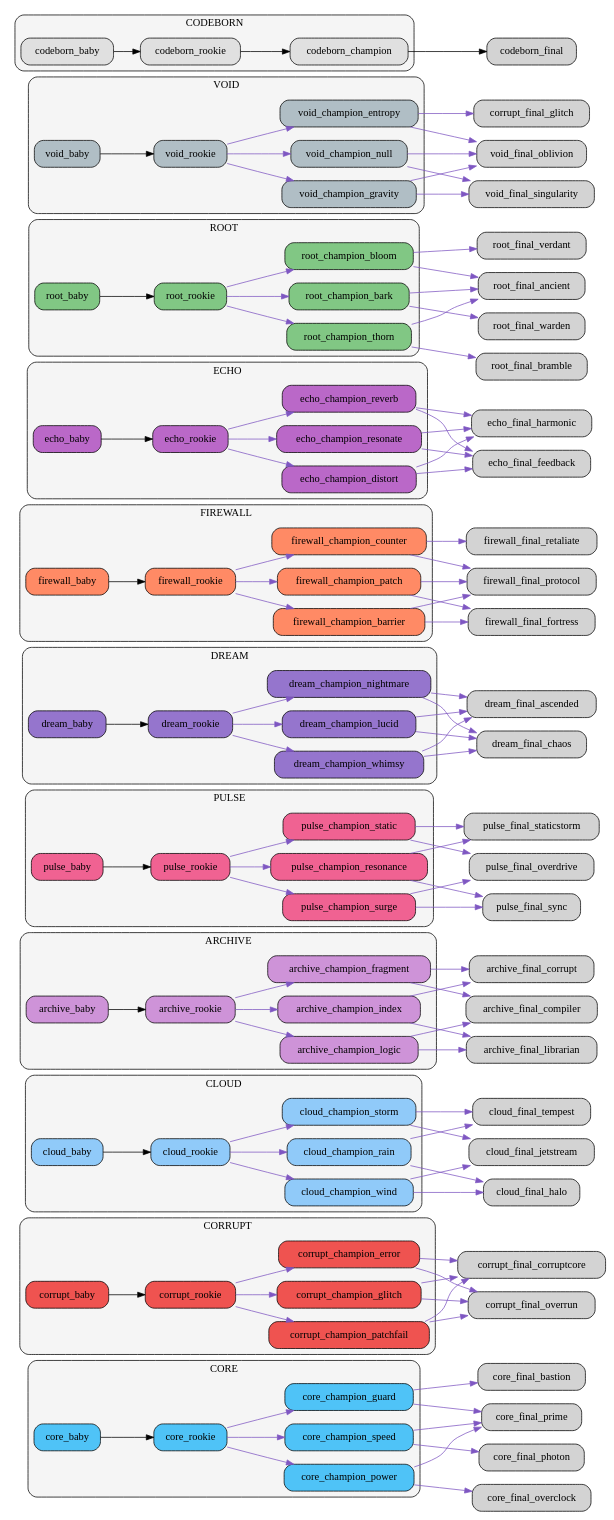
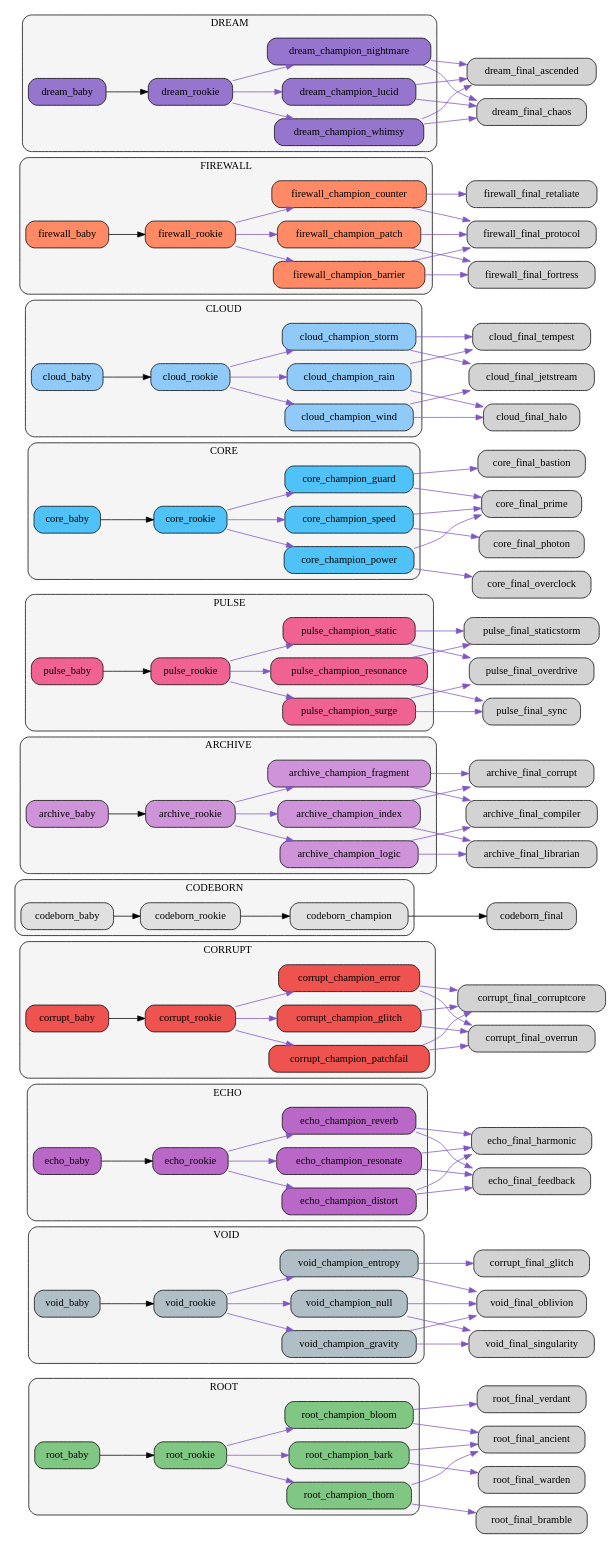
Before and after one commit to bwlight/NetGrid: the diagram in src/netgrid/systems/evolution/graphs/clusters/evolution_clusters.dot, drawn with Graphviz. The commit also changed other lines of this file and 8 other files, not shown here.

Commit message:
Auto-update evolution graphs

```diff
--- a/src/netgrid/systems/evolution/graphs/clusters/evolution_clusters.dot
+++ b/src/netgrid/systems/evolution/graphs/clusters/evolution_clusters.dot
@@ -1,14 +1,32 @@
 digraph EvolutionTree {
   rankdir=LR;
   node [shape=box, style="rounded,filled"];
-  subgraph cluster_core {
-    label="CORE";
+  subgraph cluster_root {
+    label="ROOT";
     style="rounded,filled"; fillcolor="#f5f5f5";
-    "core_baby" [fillcolor="#4fc3f7"];
-    "core_rookie" [fillcolor="#4fc3f7"];
-    "core_champion_power" [fillcolor="#4fc3f7"];
-    "core_champion_guard" [fillcolor="#4fc3f7"];
-    "core_champion_speed" [fillcolor="#4fc3f7"];
+    "root_baby" [fillcolor="#81c784"];
+    "root_rookie" [fillcolor="#81c784"];
+    "root_champion_thorn" [fillcolor="#81c784"];
+    "root_champion_bloom" [fillcolor="#81c784"];
+    "root_champion_bark" [fillcolor="#81c784"];
+  }
+  subgraph cluster_void {
+    label="VOID";
+    style="rounded,filled"; fillcolor="#f5f5f5";
+    "void_baby" [fillcolor="#b0bec5"];
+    "void_rookie" [fillcolor="#b0bec5"];
+    "void_champion_entropy" [fillcolor="#b0bec5"];
+    "void_champion_gravity" [fillcolor="#b0bec5"];
+    "void_champion_null" [fillcolor="#b0bec5"];
+  }
+  subgraph cluster_echo {
+    label="ECHO";
+    style="rounded,filled"; fillcolor="#f5f5f5";
+    "echo_baby" [fillcolor="#ba68c8"];
+    "echo_rookie" [fillcolor="#ba68c8"];
+    "echo_champion_resonate" [fillcolor="#ba68c8"];
+    "echo_champion_reverb" [fillcolor="#ba68c8"];
+    "echo_champion_distort" [fillcolor="#ba68c8"];
   }
   subgraph cluster_corrupt {
     label="CORRUPT";
@@ -19,14 +37,12 @@
     "corrupt_champion_error" [fillcolor="#ef5350"];
     "corrupt_champion_patchfail" [fillcolor="#ef5350"];
   }
-  subgraph cluster_cloud {
-    label="CLOUD";
+  subgraph cluster_codeborn {
+    label="CODEBORN";
     style="rounded,filled"; fillcolor="#f5f5f5";
-    "cloud_baby" [fillcolor="#90caf9"];
-    "cloud_rookie" [fillcolor="#90caf9"];
-    "cloud_champion_wind" [fillcolor="#90caf9"];
-    "cloud_champion_rain" [fillcolor="#90caf9"];
-    "cloud_champion_storm" [fillcolor="#90caf9"];
+    "codeborn_baby" [fillcolor="#e0e0e0"];
+    "codeborn_rookie" [fillcolor="#e0e0e0"];
+    "codeborn_champion" [fillcolor="#e0e0e0"];
   }
   subgraph cluster_archive {
     label="ARCHIVE";
@@ -46,14 +62,23 @@
     "pulse_champion_resonance" [fillcolor="#f06292"];
     "pulse_champion_static" [fillcolor="#f06292"];
   }
-  subgraph cluster_dream {
-    label="DREAM";
+  subgraph cluster_core {
+    label="CORE";
     style="rounded,filled"; fillcolor="#f5f5f5";
-    "dream_baby" [fillcolor="#9575cd"];
-    "dream_rookie" [fillcolor="#9575cd"];
-    "dream_champion_lucid" [fillcolor="#9575cd"];
-    "dream_champion_nightmare" [fillcolor="#9575cd"];
-    "dream_champion_whimsy" [fillcolor="#9575cd"];
+    "core_baby" [fillcolor="#4fc3f7"];
+    "core_rookie" [fillcolor="#4fc3f7"];
+    "core_champion_power" [fillcolor="#4fc3f7"];
+    "core_champion_guard" [fillcolor="#4fc3f7"];
+    "core_champion_speed" [fillcolor="#4fc3f7"];
+  }
+  subgraph cluster_cloud {
+    label="CLOUD";
+    style="rounded,filled"; fillcolor="#f5f5f5";
+    "cloud_baby" [fillcolor="#90caf9"];
+    "cloud_rookie" [fillcolor="#90caf9"];
+    "cloud_champion_wind" [fillcolor="#90caf9"];
+    "cloud_champion_rain" [fillcolor="#90caf9"];
+    "cloud_champion_storm" [fillcolor="#90caf9"];
   }
   subgraph cluster_firewall {
     label="FIREWALL";
@@ -64,50 +89,45 @@
     "firewall_champion_counter" [fillcolor="#ff8a65"];
     "firewall_champion_patch" [fillcolor="#ff8a65"];
   }
-  subgraph cluster_echo {
-    label="ECHO";
+  subgraph cluster_dream {
+    label="DREAM";
     style="rounded,filled"; fillcolor="#f5f5f5";
-    "echo_baby" [fillcolor="#ba68c8"];
-    "echo_rookie" [fillcolor="#ba68c8"];
-    "echo_champion_resonate" [fillcolor="#ba68c8"];
-    "echo_champion_reverb" [fillcolor="#ba68c8"];
-    "echo_champion_distort" [fillcolor="#ba68c8"];
+    "dream_baby" [fillcolor="#9575cd"];
+    "dream_rookie" [fillcolor="#9575cd"];
+    "dream_champion_lucid" [fillcolor="#9575cd"];
+    "dream_champion_nightmare" [fillcolor="#9575cd"];
+    "dream_champion_whimsy" [fillcolor="#9575cd"];
   }
-  subgraph cluster_root {
-    label="ROOT";
-    style="rounded,filled"; fillcolor="#f5f5f5";
-    "root_baby" [fillcolor="#81c784"];
-    "root_rookie" [fillcolor="#81c784"];
-    "root_champion_thorn" [fillcolor="#81c784"];
-    "root_champion_bloom" [fillcolor="#81c784"];
-    "root_champion_bark" [fillcolor="#81c784"];
-  }
-  subgraph cluster_void {
-    label="VOID";
-    style="rounded,filled"; fillcolor="#f5f5f5";
-    "void_baby" [fillcolor="#b0bec5"];
-    "void_rookie" [fillcolor="#b0bec5"];
-    "void_champion_entropy" [fillcolor="#b0bec5"];
-    "void_champion_gravity" [fillcolor="#b0bec5"];
-    "void_champion_null" [fillcolor="#b0bec5"];
-  }
-  subgraph cluster_codeborn {
-    label="CODEBORN";
-    style="rounded,filled"; fillcolor="#f5f5f5";
-    "codeborn_baby" [fillcolor="#e0e0e0"];
-    "codeborn_rookie" [fillcolor="#e0e0e0"];
-    "codeborn_champion" [fillcolor="#e0e0e0"];
-  }
-  "core_baby" -> "core_rookie";
-  "core_rookie" -> "core_champion_power" [color="#7e57c2"];
-  "core_rookie" -> "core_champion_guard" [color="#7e57c2"];
-  "core_rookie" -> "core_champion_speed" [color="#7e57c2"];
-  "core_champion_power" -> "core_final_overclock" [color="#7e57c2"];
-  "core_champion_power" -> "core_final_prime" [color="#7e57c2"];
-  "core_champion_guard" -> "core_final_bastion" [color="#7e57c2"];
-  "core_champion_guard" -> "core_final_prime" [color="#7e57c2"];
-  "core_champion_speed" -> "core_final_photon" [color="#7e57c2"];
-  "core_champion_speed" -> "core_final_prime" [color="#7e57c2"];
+  "root_baby" -> "root_rookie";
+  "root_rookie" -> "root_champion_thorn" [color="#7e57c2"];
+  "root_rookie" -> "root_champion_bloom" [color="#7e57c2"];
+  "root_rookie" -> "root_champion_bark" [color="#7e57c2"];
+  "root_champion_thorn" -> "root_final_bramble" [color="#7e57c2"];
+  "root_champion_thorn" -> "root_final_ancient" [color="#7e57c2"];
+  "root_champion_bloom" -> "root_final_ancient" [color="#7e57c2"];
+  "root_champion_bloom" -> "root_final_verdant" [color="#7e57c2"];
+  "root_champion_bark" -> "root_final_warden" [color="#7e57c2"];
+  "root_champion_bark" -> "root_final_ancient" [color="#7e57c2"];
+  "void_baby" -> "void_rookie";
+  "void_rookie" -> "void_champion_entropy" [color="#7e57c2"];
+  "void_rookie" -> "void_champion_gravity" [color="#7e57c2"];
+  "void_rookie" -> "void_champion_null" [color="#7e57c2"];
+  "void_champion_entropy" -> "corrupt_final_glitch" [color="#7e57c2"];
+  "void_champion_entropy" -> "void_final_oblivion" [color="#7e57c2"];
+  "void_champion_gravity" -> "void_final_singularity" [color="#7e57c2"];
+  "void_champion_gravity" -> "void_final_oblivion" [color="#7e57c2"];
+  "void_champion_null" -> "void_final_oblivion" [color="#7e57c2"];
+  "void_champion_null" -> "void_final_singularity" [color="#7e57c2"];
+  "echo_baby" -> "echo_rookie";
+  "echo_rookie" -> "echo_champion_resonate" [color="#7e57c2"];
+  "echo_rookie" -> "echo_champion_reverb" [color="#7e57c2"];
+  "echo_rookie" -> "echo_champion_distort" [color="#7e57c2"];
+  "echo_champion_resonate" -> "echo_final_harmonic" [color="#7e57c2"];
+  "echo_champion_resonate" -> "echo_final_feedback" [color="#7e57c2"];
+  "echo_champion_reverb" -> "echo_final_feedback" [color="#7e57c2"];
+  "echo_champion_reverb" -> "echo_final_harmonic" [color="#7e57c2"];
+  "echo_champion_distort" -> "echo_final_feedback" [color="#7e57c2"];
+  "echo_champion_distort" -> "echo_final_harmonic" [color="#7e57c2"];
   "corrupt_baby" -> "corrupt_rookie";
   "corrupt_rookie" -> "corrupt_champion_glitch" [color="#7e57c2"];
   "corrupt_rookie" -> "corrupt_champion_error" [color="#7e57c2"];
@@ -118,16 +138,9 @@
   "corrupt_champion_error" -> "corrupt_final_corruptcore" [color="#7e57c2"];
   "corrupt_champion_patchfail" -> "corrupt_final_corruptcore" [color="#7e57c2"];
   "corrupt_champion_patchfail" -> "corrupt_final_overrun" [color="#7e57c2"];
-  "cloud_baby" -> "cloud_rookie";
-  "cloud_rookie" -> "cloud_champion_wind" [color="#7e57c2"];
-  "cloud_rookie" -> "cloud_champion_rain" [color="#7e57c2"];
-  "cloud_rookie" -> "cloud_champion_storm" [color="#7e57c2"];
-  "cloud_champion_wind" -> "cloud_final_jetstream" [color="#7e57c2"];
-  "cloud_champion_wind" -> "cloud_final_halo" [color="#7e57c2"];
-  "cloud_champion_rain" -> "cloud_final_halo" [color="#7e57c2"];
-  "cloud_champion_rain" -> "cloud_final_tempest" [color="#7e57c2"];
-  "cloud_champion_storm" -> "cloud_final_tempest" [color="#7e57c2"];
-  "cloud_champion_storm" -> "cloud_final_jetstream" [color="#7e57c2"];
+  "codeborn_baby" -> "codeborn_rookie";
+  "codeborn_rookie" -> "codeborn_champion";
+  "codeborn_champion" -> "codeborn_final";
   "archive_baby" -> "archive_rookie";
   "archive_rookie" -> "archive_champion_logic" [color="#7e57c2"];
   "archive_rookie" -> "archive_champion_index" [color="#7e57c2"];
@@ -148,6 +161,36 @@
   "pulse_champion_resonance" -> "pulse_final_staticstorm" [color="#7e57c2"];
   "pulse_champion_static" -> "pulse_final_staticstorm" [color="#7e57c2"];
   "pulse_champion_static" -> "pulse_final_overdrive" [color="#7e57c2"];
+  "core_baby" -> "core_rookie";
+  "core_rookie" -> "core_champion_power" [color="#7e57c2"];
+  "core_rookie" -> "core_champion_guard" [color="#7e57c2"];
+  "core_rookie" -> "core_champion_speed" [color="#7e57c2"];
+  "core_champion_power" -> "core_final_overclock" [color="#7e57c2"];
+  "core_champion_power" -> "core_final_prime" [color="#7e57c2"];
+  "core_champion_guard" -> "core_final_bastion" [color="#7e57c2"];
+  "core_champion_guard" -> "core_final_prime" [color="#7e57c2"];
+  "core_champion_speed" -> "core_final_photon" [color="#7e57c2"];
+  "core_champion_speed" -> "core_final_prime" [color="#7e57c2"];
+  "cloud_baby" -> "cloud_rookie";
+  "cloud_rookie" -> "cloud_champion_wind" [color="#7e57c2"];
+  "cloud_rookie" -> "cloud_champion_rain" [color="#7e57c2"];
+  "cloud_rookie" -> "cloud_champion_storm" [color="#7e57c2"];
+  "cloud_champion_wind" -> "cloud_final_jetstream" [color="#7e57c2"];
+  "cloud_champion_wind" -> "cloud_final_halo" [color="#7e57c2"];
+  "cloud_champion_rain" -> "cloud_final_halo" [color="#7e57c2"];
+  "cloud_champion_rain" -> "cloud_final_tempest" [color="#7e57c2"];
+  "cloud_champion_storm" -> "cloud_final_tempest" [color="#7e57c2"];
+  "cloud_champion_storm" -> "cloud_final_jetstream" [color="#7e57c2"];
+  "firewall_baby" -> "firewall_rookie";
+  "firewall_rookie" -> "firewall_champion_barrier" [color="#7e57c2"];
+  "firewall_rookie" -> "firewall_champion_counter" [color="#7e57c2"];
+  "firewall_rookie" -> "firewall_champion_patch" [color="#7e57c2"];
+  "firewall_champion_barrier" -> "firewall_final_fortress" [color="#7e57c2"];
+  "firewall_champion_barrier" -> "firewall_final_protocol" [color="#7e57c2"];
+  "firewall_champion_counter" -> "firewall_final_retaliate" [color="#7e57c2"];
+  "firewall_champion_counter" -> "firewall_final_protocol" [color="#7e57c2"];
+  "firewall_champion_patch" -> "firewall_final_protocol" [color="#7e57c2"];
+  "firewall_champion_patch" -> "firewall_final_fortress" [color="#7e57c2"];
   "dream_baby" -> "dream_rookie";
   "dream_rookie" -> "dream_champion_lucid" [color="#7e57c2"];
   "dream_rookie" -> "dream_champion_nightmare" [color="#7e57c2"];
@@ -158,47 +201,4 @@
   "dream_champion_nightmare" -> "dream_final_ascended" [color="#7e57c2"];
   "dream_champion_whimsy" -> "dream_final_ascended" [color="#7e57c2"];
   "dream_champion_whimsy" -> "dream_final_chaos" [color="#7e57c2"];
-  "firewall_baby" -> "firewall_rookie";
-  "firewall_rookie" -> "firewall_champion_barrier" [color="#7e57c2"];
-  "firewall_rookie" -> "firewall_champion_counter" [color="#7e57c2"];
-  "firewall_rookie" -> "firewall_champion_patch" [color="#7e57c2"];
-  "firewall_champion_barrier" -> "firewall_final_fortress" [color="#7e57c2"];
-  "firewall_champion_barrier" -> "firewall_final_protocol" [color="#7e57c2"];
-  "firewall_champion_counter" -> "firewall_final_retaliate" [color="#7e57c2"];
-  "firewall_champion_counter" -> "firewall_final_protocol" [color="#7e57c2"];
-  "firewall_champion_patch" -> "firewall_final_protocol" [color="#7e57c2"];
-  "firewall_champion_patch" -> "firewall_final_fortress" [color="#7e57c2"];
-  "echo_baby" -> "echo_rookie";
-  "echo_rookie" -> "echo_champion_resonate" [color="#7e57c2"];
-  "echo_rookie" -> "echo_champion_reverb" [color="#7e57c2"];
-  "echo_rookie" -> "echo_champion_distort" [color="#7e57c2"];
-  "echo_champion_resonate" -> "echo_final_harmonic" [color="#7e57c2"];
-  "echo_champion_resonate" -> "echo_final_feedback" [color="#7e57c2"];
-  "echo_champion_reverb" -> "echo_final_feedback" [color="#7e57c2"];
-  "echo_champion_reverb" -> "echo_final_harmonic" [color="#7e57c2"];
-  "echo_champion_distort" -> "echo_final_feedback" [color="#7e57c2"];
-  "echo_champion_distort" -> "echo_final_harmonic" [color="#7e57c2"];
-  "root_baby" -> "root_rookie";
-  "root_rookie" -> "root_champion_thorn" [color="#7e57c2"];
-  "root_rookie" -> "root_champion_bloom" [color="#7e57c2"];
-  "root_rookie" -> "root_champion_bark" [color="#7e57c2"];
-  "root_champion_thorn" -> "root_final_bramble" [color="#7e57c2"];
-  "root_champion_thorn" -> "root_final_ancient" [color="#7e57c2"];
-  "root_champion_bloom" -> "root_final_ancient" [color="#7e57c2"];
-  "root_champion_bloom" -> "root_final_verdant" [color="#7e57c2"];
-  "root_champion_bark" -> "root_final_warden" [color="#7e57c2"];
-  "root_champion_bark" -> "root_final_ancient" [color="#7e57c2"];
-  "void_baby" -> "void_rookie";
-  "void_rookie" -> "void_champion_entropy" [color="#7e57c2"];
-  "void_rookie" -> "void_champion_gravity" [color="#7e57c2"];
-  "void_rookie" -> "void_champion_null" [color="#7e57c2"];
-  "void_champion_entropy" -> "corrupt_final_glitch" [color="#7e57c2"];
-  "void_champion_entropy" -> "void_final_oblivion" [color="#7e57c2"];
-  "void_champion_gravity" -> "void_final_singularity" [color="#7e57c2"];
-  "void_champion_gravity" -> "void_final_oblivion" [color="#7e57c2"];
-  "void_champion_null" -> "void_final_oblivion" [color="#7e57c2"];
-  "void_champion_null" -> "void_final_singularity" [color="#7e57c2"];
-  "codeborn_baby" -> "codeborn_rookie";
-  "codeborn_rookie" -> "codeborn_champion";
-  "codeborn_champion" -> "codeborn_final";
 }
```
